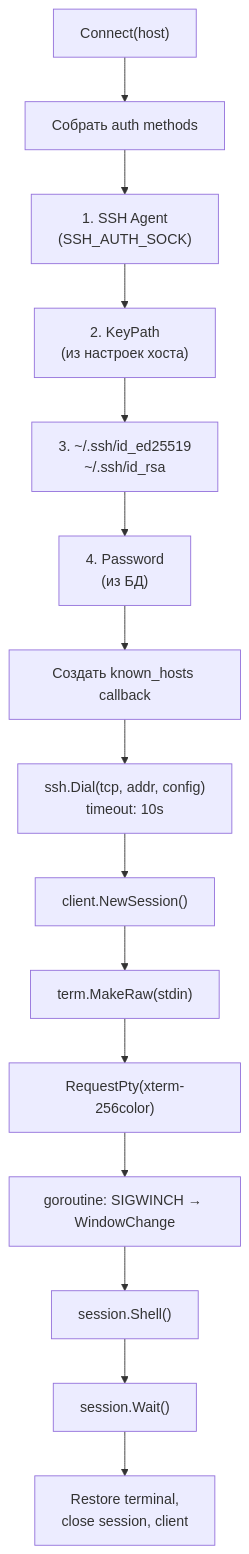
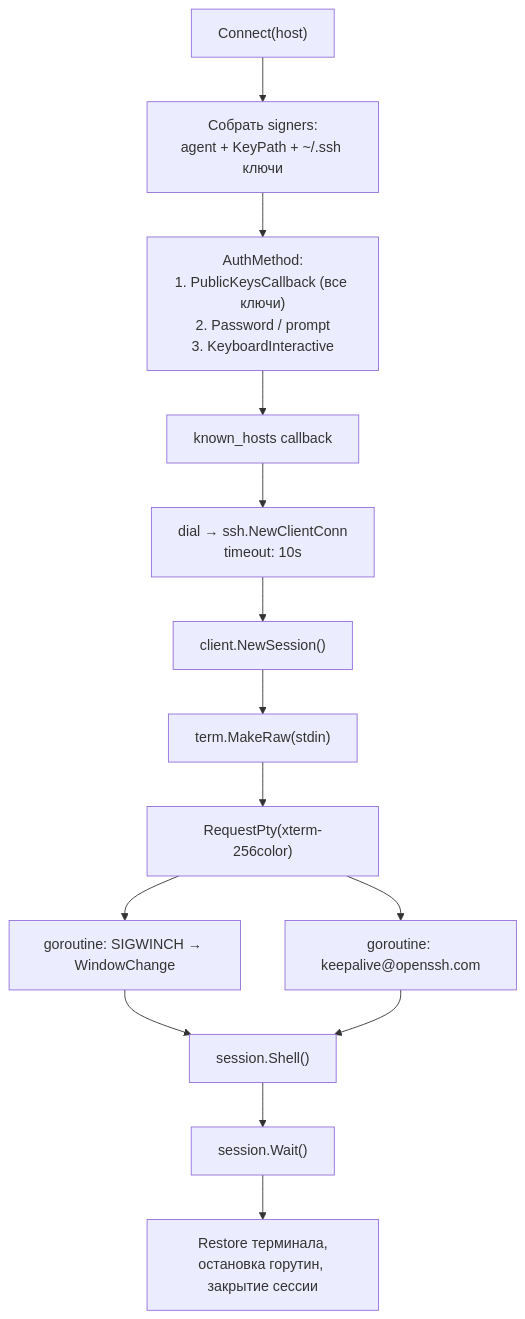
The fourth of 4 diagrams in docs/architecture.md (usov-ap/makoterm3), drawn with Mermaid before and after one commit. The commit also changed other lines of this file and 8 other files, not shown here.

````diff
--- a/docs/architecture.md
+++ b/docs/architecture.md
@@ -202,17 +253,16 @@
 ```mermaid
 flowchart TD
-    Start["Connect(host)"] --> BuildAuth["Собрать auth methods"]
-    BuildAuth --> Agent["1. SSH Agent<br/>(SSH_AUTH_SOCK)"]
-    Agent --> KeyPath["2. KeyPath<br/>(из настроек хоста)"]
-    KeyPath --> StdKeys["3. ~/.ssh/id_ed25519<br/>~/.ssh/id_rsa"]
-    StdKeys --> Password["4. Password<br/>(из БД)"]
-    Password --> KnownHosts["Создать known_hosts callback"]
-    KnownHosts --> Dial["ssh.Dial(tcp, addr, config)<br/>timeout: 10s"]
+    Start["Connect(host)"] --> BuildAuth["Собрать signers:<br/>agent + KeyPath + ~/.ssh ключи"]
+    BuildAuth --> AuthMethods["AuthMethod:<br/>1. PublicKeysCallback (все ключи)<br/>2. Password / prompt<br/>3. KeyboardInteractive"]
+    AuthMethods --> KnownHosts["known_hosts callback"]
+    KnownHosts --> Dial["dial → ssh.NewClientConn<br/>timeout: 10s"]
     Dial --> Session["client.NewSession()"]
     Session --> RawTerm["term.MakeRaw(stdin)"]
     RawTerm --> PTY["RequestPty(xterm-256color)"]
     PTY --> Resize["goroutine: SIGWINCH → WindowChange"]
+    PTY --> KeepAlive["goroutine: keepalive@openssh.com"]
     Resize --> Shell["session.Shell()"]
+    KeepAlive --> Shell
     Shell --> Wait["session.Wait()"]
-    Wait --> Cleanup["Restore terminal,<br/>close session, client"]
+    Wait --> Cleanup["Restore терминала,<br/>остановка горутин, закрытие сессии"]
 ```
````
